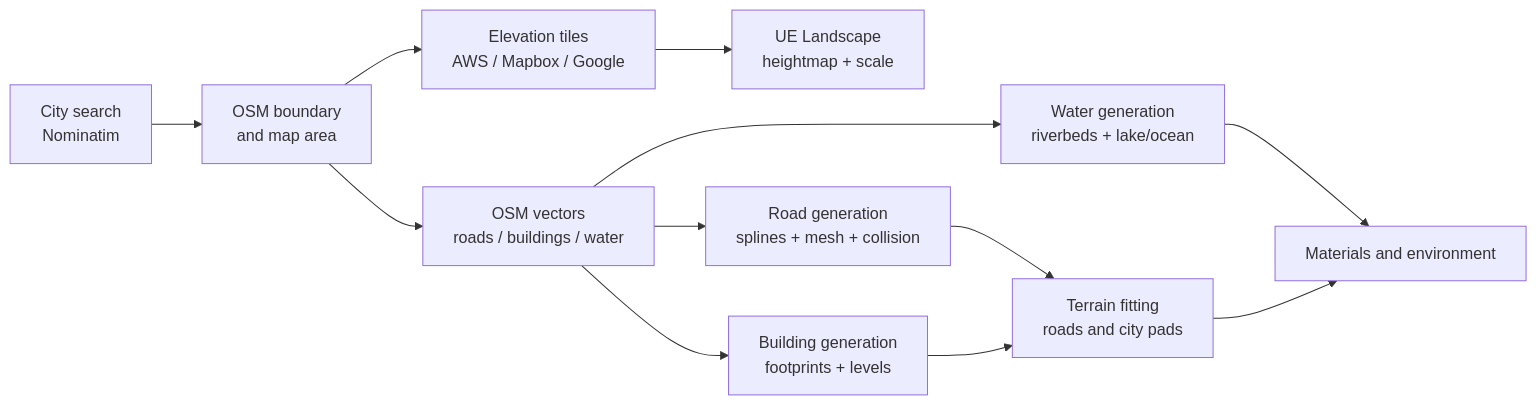
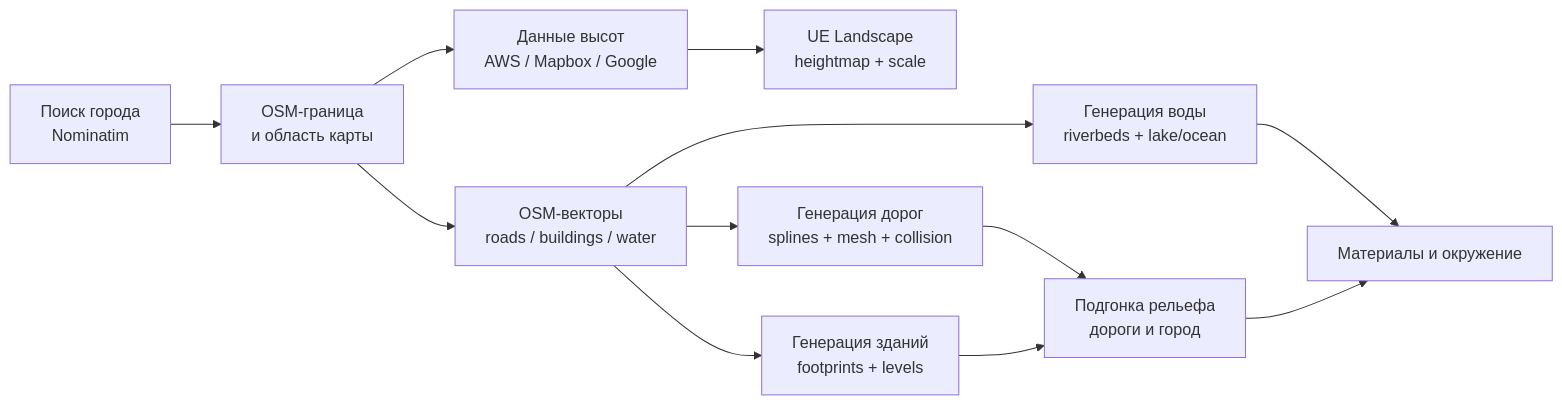
One commit to evG10/geolandscape-showcase changed the diagram in README.md. Above: the diagram before and after it, drawn with Mermaid. The commit also changed other lines of this file and 1 other file, not shown here.

````diff
--- a/README.md
+++ b/README.md
@@ -49,14 +51,14 @@
 ```mermaid
 flowchart LR
-    A[City search<br/>Nominatim] --> B[OSM boundary<br/>and map area]
-    B --> C[Elevation tiles<br/>AWS / Mapbox / Google]
+    A[Поиск города<br/>Nominatim] --> B[OSM-граница<br/>и область карты]
+    B --> C[Данные высот<br/>AWS / Mapbox / Google]
     C --> D[UE Landscape<br/>heightmap + scale]
-    B --> E[OSM vectors<br/>roads / buildings / water]
-    E --> F[Road generation<br/>splines + mesh + collision]
-    E --> G[Building generation<br/>footprints + levels]
-    E --> H[Water generation<br/>riverbeds + lake/ocean]
-    F --> I[Terrain fitting<br/>roads and city pads]
+    B --> E[OSM-векторы<br/>roads / buildings / water]
+    E --> F[Генерация дорог<br/>splines + mesh + collision]
+    E --> G[Генерация зданий<br/>footprints + levels]
+    E --> H[Генерация воды<br/>riverbeds + lake/ocean]
+    F --> I[Подгонка рельефа<br/>дороги и город]
     G --> I
-    H --> J[Materials and environment]
+    H --> J[Материалы и окружение]
     I --> J
 ```
````
